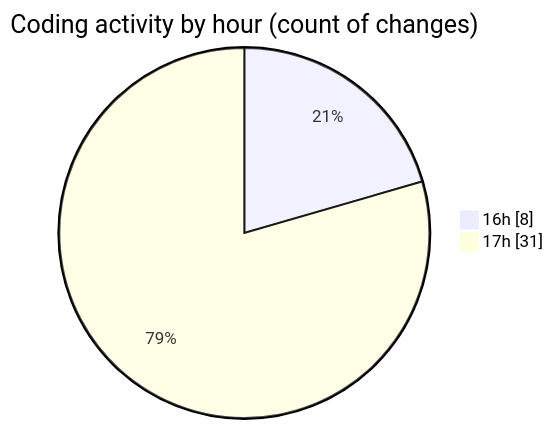
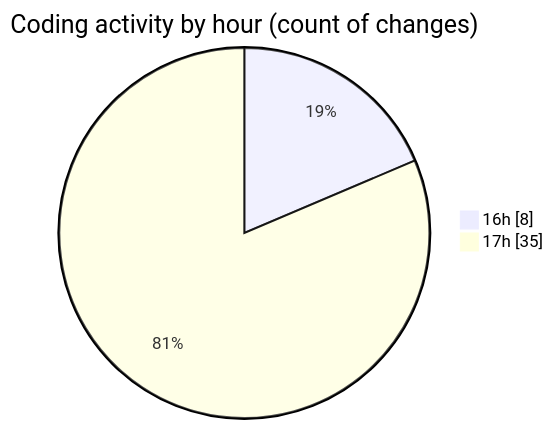
One commit to robertbonfada/code-tracking changed the second of 2 diagrams in 2025-01-08/mbc-web/README.md. Above: the diagram before and after it, drawn with Mermaid. The commit also changed other lines of this file and 1 other file, not shown here.

````diff
--- a/2025-01-08/mbc-web/README.md
+++ b/2025-01-08/mbc-web/README.md
@@ -42,6 +43,6 @@
 ```mermaid
 pie showData
 title Coding activity by hour (count of changes)
 "16h" : 8
-"17h" : 31
+"17h" : 35
 ```
````
